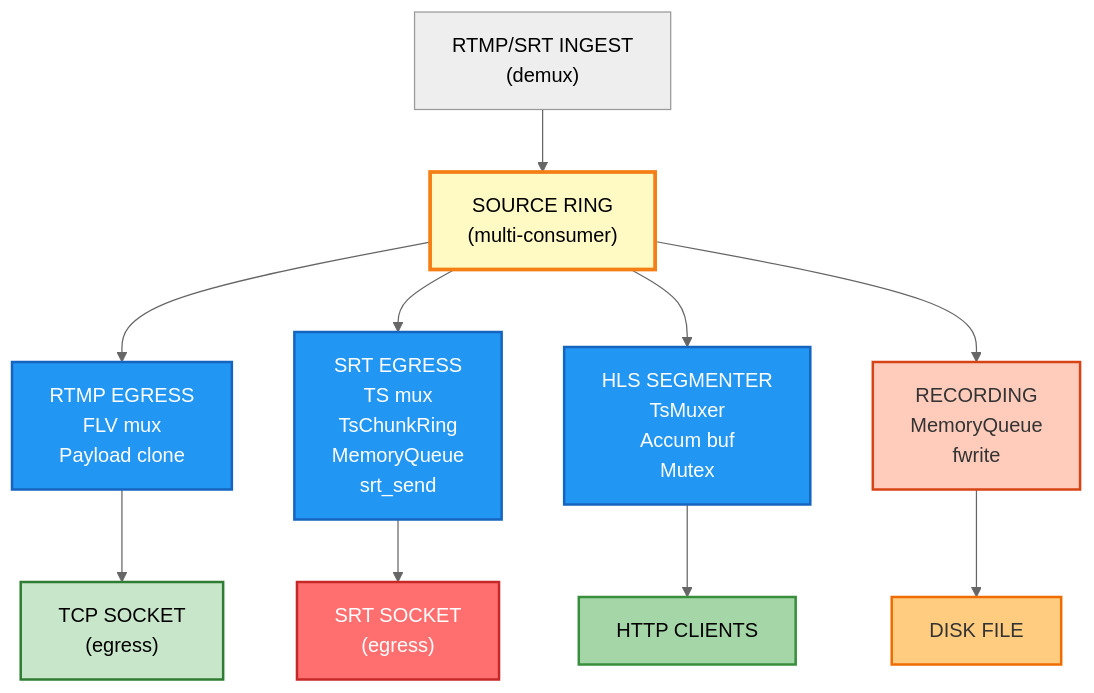
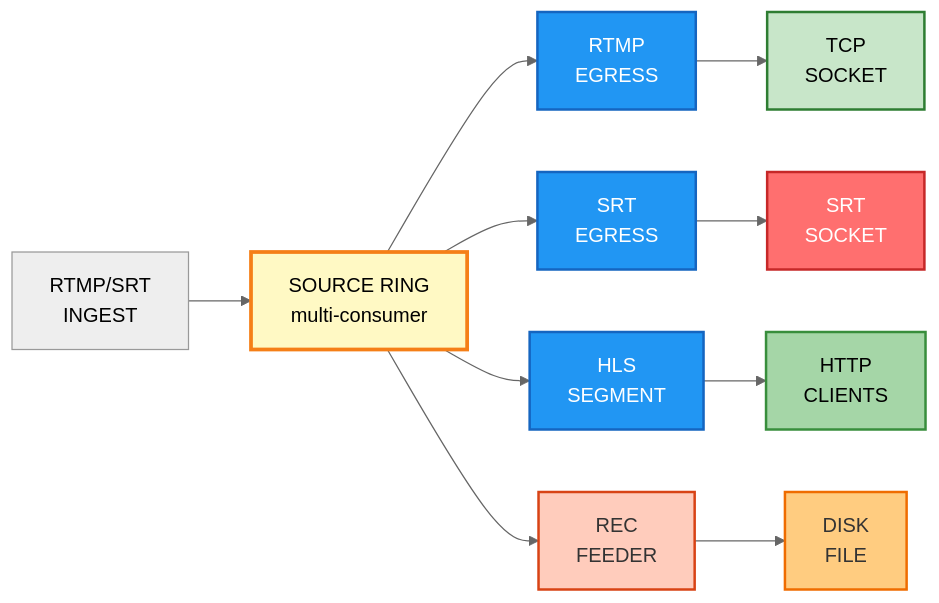
Before and after one commit to live-miracles/restream: diagram 15 of 24 in docs/run-to-completion-analysis.md, drawn with Mermaid (neutral theme). The commit also changed other lines of this file, not shown here.

First line of the commit message:
Restructure diagrams to use horizontal layout for vertical space efficiency

````diff
--- a/docs/run-to-completion-analysis.md
+++ b/docs/run-to-completion-analysis.md
@@ -719,33 +603,23 @@
 ```mermaid
-graph TD
-    A["RTMP/SRT INGEST<br/>(demux)"]
-    B["SOURCE RING<br/>(multi-consumer)"]
+graph LR
+    A["RTMP/SRT<br/>INGEST"] --> B["SOURCE RING<br/>multi-consumer"]
+    B --> C["RTMP<br/>EGRESS"]
+    B --> E["SRT<br/>EGRESS"]
+    B --> G["HLS<br/>SEGMENT"]
+    B --> I["REC<br/>FEEDER"]
     
-    C["RTMP EGRESS<br/>FLV mux<br/>Payload clone"]
-    D["TCP SOCKET<br/>(egress)"]
-    
-    E["SRT EGRESS<br/>TS mux<br/>TsChunkRing<br/>MemoryQueue<br/>srt_send"]
-    F["SRT SOCKET<br/>(egress)"]
-    
-    G["HLS SEGMENTER<br/>TsMuxer<br/>Accum buf<br/>Mutex"]
-    H["HTTP CLIENTS"]
-    
-    I["RECORDING<br/>MemoryQueue<br/>fwrite"]
-    J["DISK FILE"]
-    
-    A --> B
-    B --> C --> D
-    B --> E --> F
-    B --> G --> H
-    B --> I --> J
+    C --> D["TCP<br/>SOCKET"]
+    E --> F["SRT<br/>SOCKET"]
+    G --> H["HTTP<br/>CLIENTS"]
+    I --> J["DISK<br/>FILE"]
     
     style B fill:#fff9c4,stroke:#f57f17,stroke-width:3px,color:#000
     style C fill:#2196f3,stroke:#1565c0,stroke-width:2px,color:#fff
     style E fill:#2196f3,stroke:#1565c0,stroke-width:2px,color:#fff
     style G fill:#2196f3,stroke:#1565c0,stroke-width:2px,color:#fff
     style I fill:#ffccbc,stroke:#d84315,stroke-width:2px,color:#333
     style D fill:#c8e6c9,stroke:#2e7d32,stroke-width:2px,color:#000
     style F fill:#ff6f6f,stroke:#c62828,stroke-width:2px,color:#fff
     style H fill:#a5d6a7,stroke:#388e3c,stroke-width:2px,color:#000
     style J fill:#ffcc80,stroke:#ef6c00,stroke-width:2px,color:#333
 ```
````
